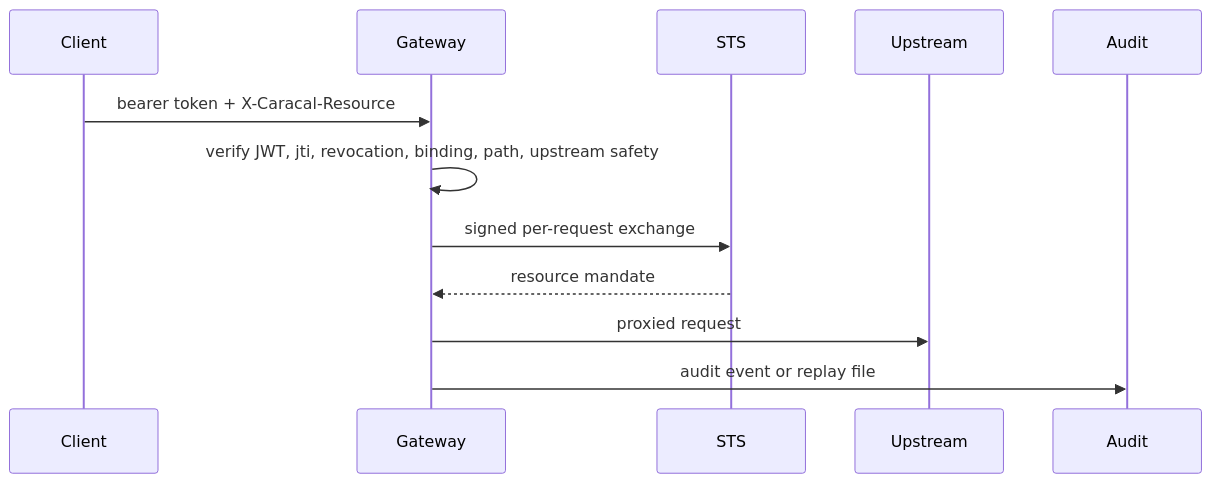
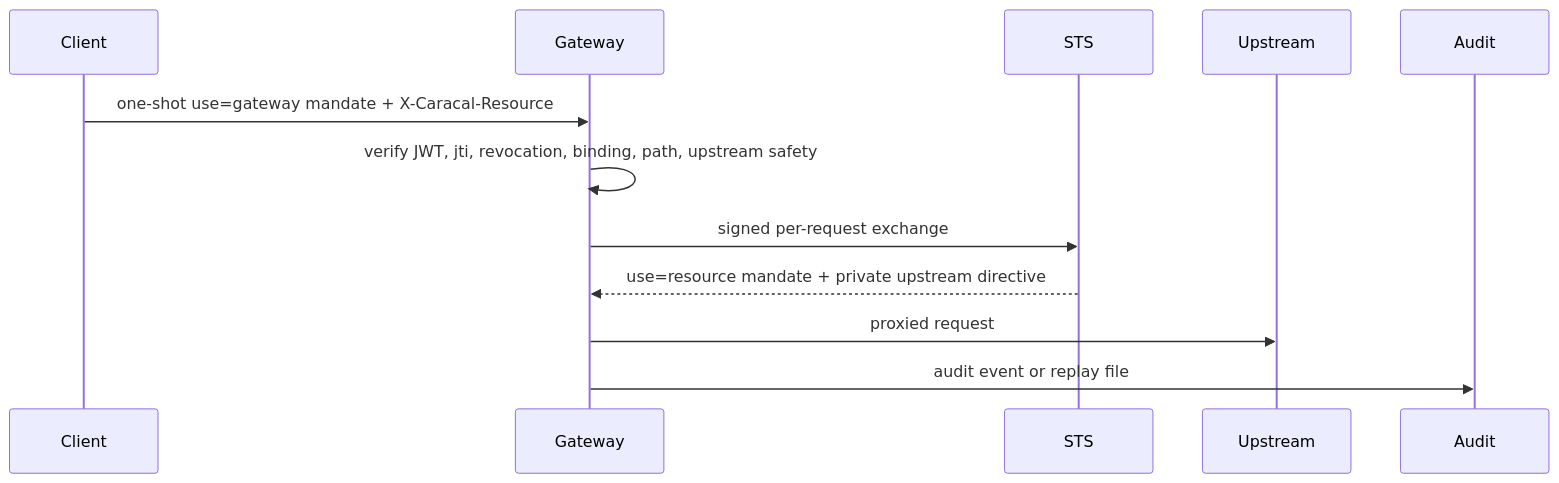
One commit to Garudex-Labs/caracal changed the diagram in docs/src/content/docs/services/gateway.mdx. Above: the diagram before and after it, drawn with Mermaid. The commit also changed 9 other files, not shown here.

````diff
--- a/docs/src/content/docs/services/gateway.mdx
+++ b/docs/src/content/docs/services/gateway.mdx
@@ -20,14 +20,14 @@
 ```mermaid
 sequenceDiagram
   participant Client
   participant Gateway
   participant STS
   participant Upstream
   participant Audit
-  Client->>Gateway: bearer token + X-Caracal-Resource
+  Client->>Gateway: one-shot use=gateway mandate + X-Caracal-Resource
   Gateway->>Gateway: verify JWT, jti, revocation, binding, path, upstream safety
   Gateway->>STS: signed per-request exchange
-  STS-->>Gateway: resource mandate
+  STS-->>Gateway: use=resource mandate + private upstream directive
   Gateway->>Upstream: proxied request
   Gateway->>Audit: audit event or replay file
 ```
````
